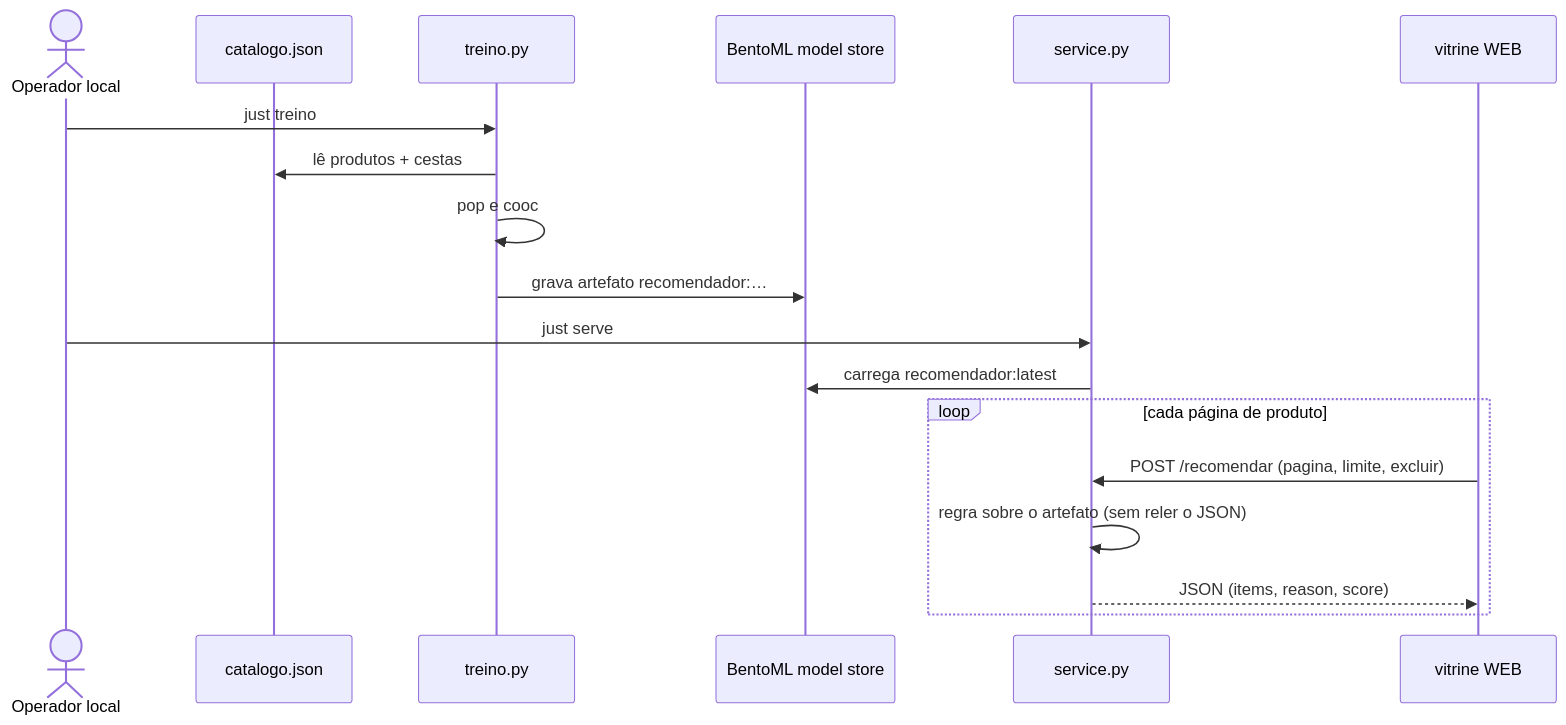
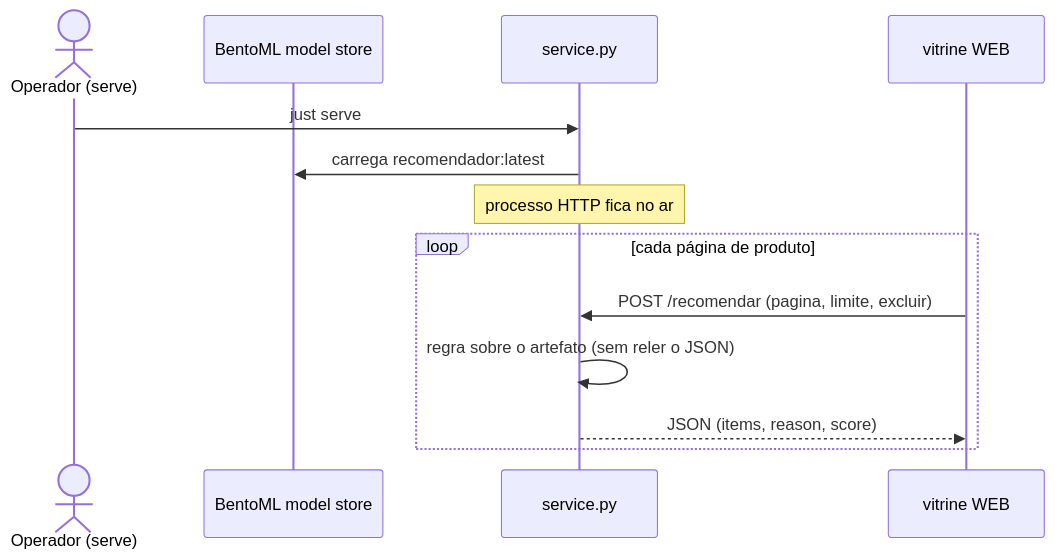
One commit to lgallindo/recomendador-bentoml changed the fourth of 6 diagrams in README.md. Above: the diagram before and after it, drawn with Mermaid. The commit also changed other lines of this file and 10 other files, not shown here.

````diff
--- a/README.md
+++ b/README.md
@@ -203,23 +238,17 @@
 ```mermaid
 sequenceDiagram
-  actor Op as Operador local
-  participant JSON as catalogo.json
-  participant Treino as treino.py
+  actor Op as Operador (serve)
   participant Store as BentoML model store
   participant Serve as service.py
   participant Web as vitrine WEB
 
-  Op->>Treino: just treino
-  Treino->>JSON: lê produtos + cestas
-  Treino->>Treino: pop e cooc
-  Treino->>Store: grava artefato recomendador:…
-
   Op->>Serve: just serve
   Serve->>Store: carrega recomendador:latest
+  Note over Serve: processo HTTP fica no ar
 
   loop cada página de produto
     Web->>Serve: POST /recomendar (pagina, limite, excluir)
     Serve->>Serve: regra sobre o artefato (sem reler o JSON)
     Serve-->>Web: JSON (items, reason, score)
   end
 ```
````
